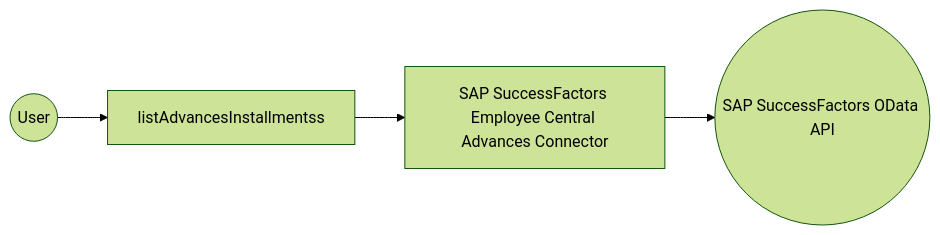
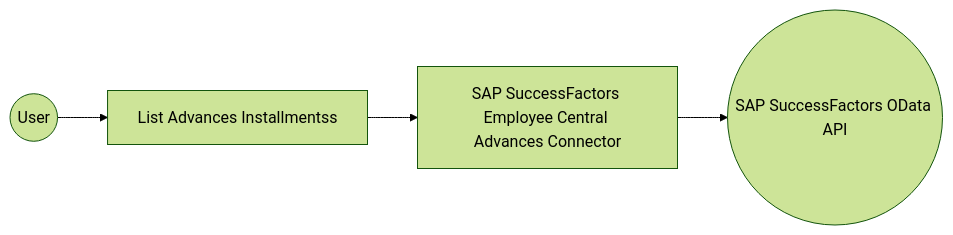
The diagram in en/docs/connectors/catalog/hrms/sap.successfactors.ecadvances/example.md (wso2/docs-integrator), drawn with Mermaid (forest theme) before and after one commit. The commit also changed other lines of this file and 6 other files, not shown here.

````diff
--- a/en/docs/connectors/catalog/hrms/sap.successfactors.ecadvances/example.md
+++ b/en/docs/connectors/catalog/hrms/sap.successfactors.ecadvances/example.md
@@ -12,6 +12,6 @@
 ```mermaid
 flowchart LR
-    A((User)) --> B[listAdvancesInstallmentss]
+    A((User)) --> B[List Advances Installmentss]
     B --> C[SAP SuccessFactors Employee Central Advances Connector]
     C --> D((SAP SuccessFactors OData API))
 ```
````
